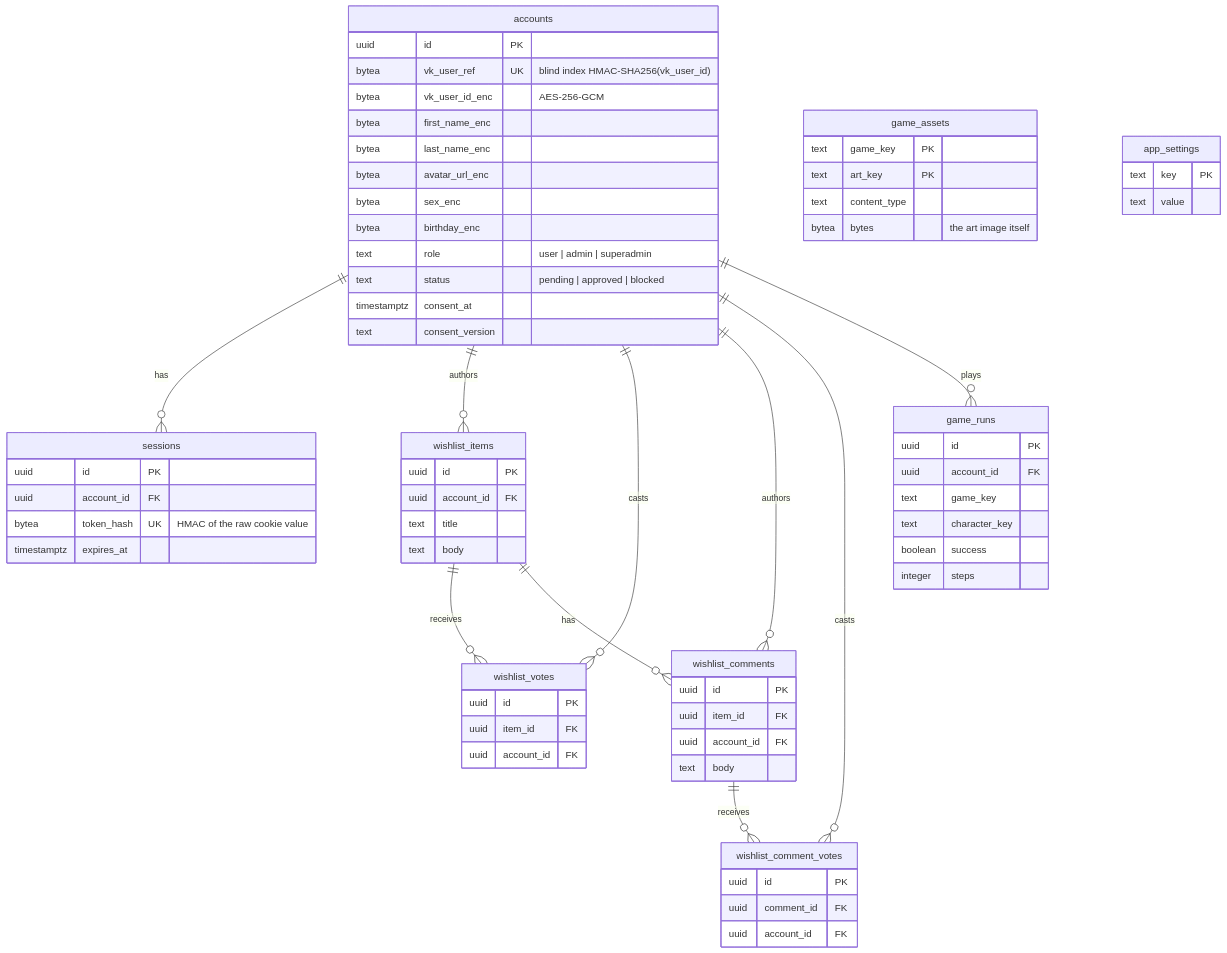
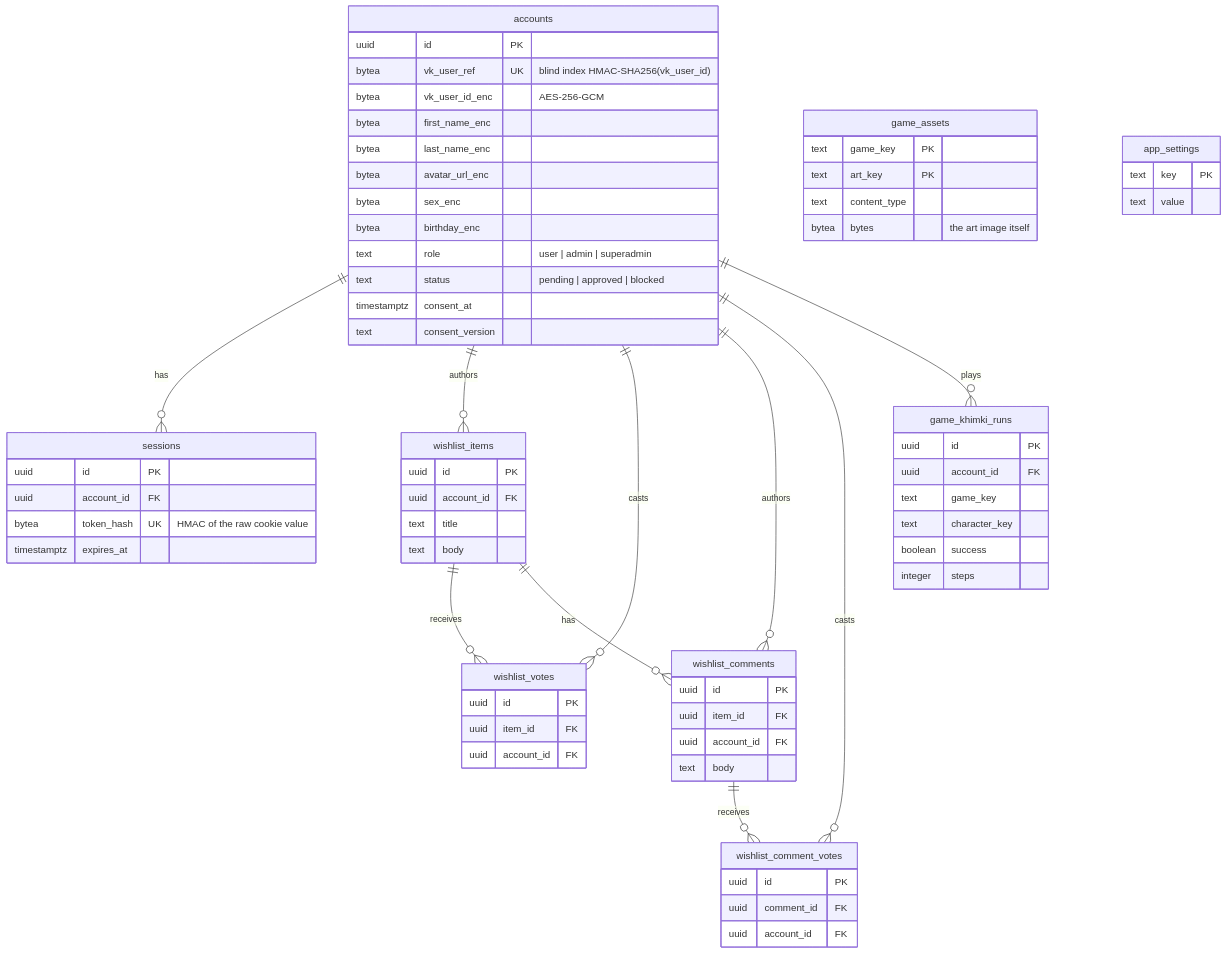
One commit to SergeyZSpb/psycho-space changed the eighth of 8 diagrams in docs/ARCHITECTURE.md. Above: the diagram before and after it, drawn with Mermaid. The commit also changed other lines of this file and 37 other files, not shown here.

````diff
--- a/docs/ARCHITECTURE.md
+++ b/docs/ARCHITECTURE.md
@@ -229,73 +232,73 @@
 ```mermaid
 erDiagram
     accounts ||--o{ sessions : "has"
     accounts ||--o{ wishlist_items : "authors"
     accounts ||--o{ wishlist_votes : "casts"
     accounts ||--o{ wishlist_comments : "authors"
     accounts ||--o{ wishlist_comment_votes : "casts"
-    accounts ||--o{ game_runs : "plays"
+    accounts ||--o{ game_khimki_runs : "plays"
     wishlist_items ||--o{ wishlist_votes : "receives"
     wishlist_items ||--o{ wishlist_comments : "has"
     wishlist_comments ||--o{ wishlist_comment_votes : "receives"
 
     accounts {
         uuid id PK
         bytea vk_user_ref UK "blind index HMAC-SHA256(vk_user_id)"
         bytea vk_user_id_enc "AES-256-GCM"
         bytea first_name_enc
         bytea last_name_enc
         bytea avatar_url_enc
         bytea sex_enc
         bytea birthday_enc
         text role "user | admin | superadmin"
         text status "pending | approved | blocked"
         timestamptz consent_at
         text consent_version
     }
     sessions {
         uuid id PK
         uuid account_id FK
         bytea token_hash UK "HMAC of the raw cookie value"
         timestamptz expires_at
     }
     wishlist_items {
         uuid id PK
         uuid account_id FK
         text title
         text body
     }
     wishlist_votes {
         uuid id PK
         uuid item_id FK
         uuid account_id FK
     }
     wishlist_comments {
         uuid id PK
         uuid item_id FK
         uuid account_id FK
         text body
     }
     wishlist_comment_votes {
         uuid id PK
         uuid comment_id FK
         uuid account_id FK
     }
-    game_runs {
+    game_khimki_runs {
         uuid id PK
         uuid account_id FK
         text game_key
         text character_key
         boolean success
         integer steps
     }
     game_assets {
         text game_key PK
         text art_key PK
         text content_type
         bytea bytes "the art image itself"
     }
     app_settings {
         text key PK
         text value
     }
 ```
````
